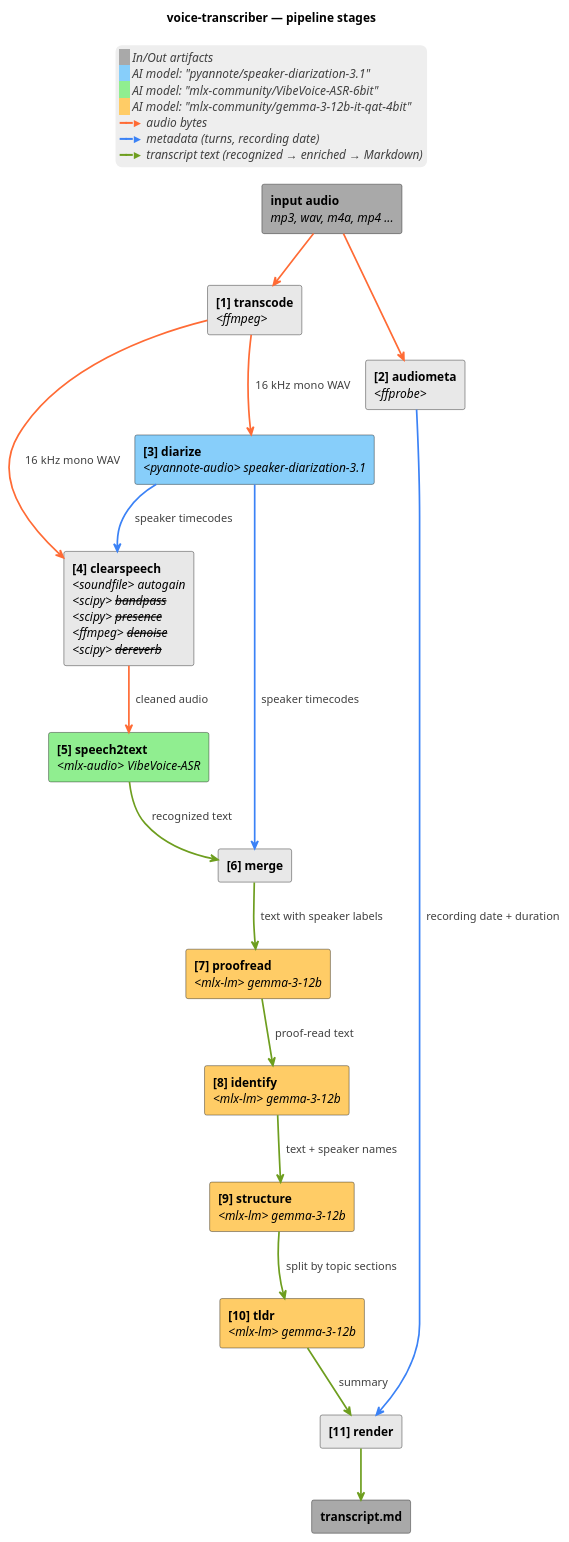
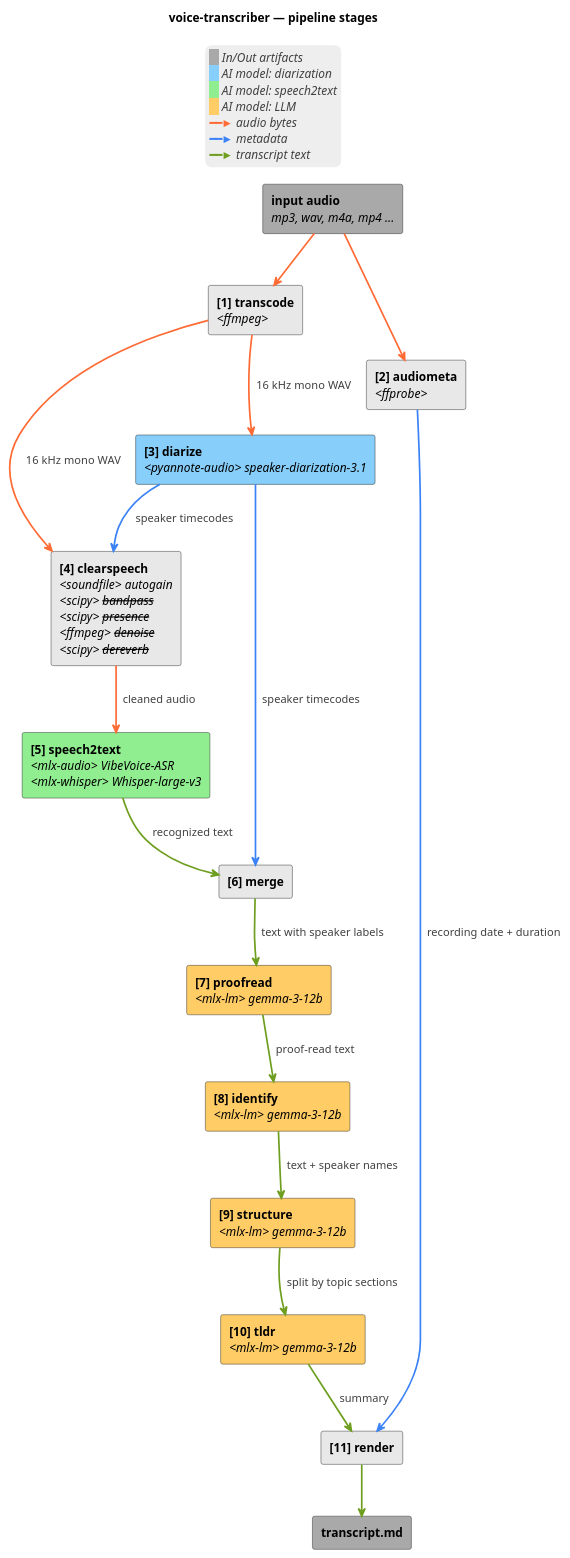
The diagram in docs/architecture.md (artem-from-ua/voice-transcriber), drawn with PlantUML before and after one commit. The commit also changed other lines of this file and 13 other files, not shown here.

First line of the commit message:
Add Whisper ASR backend, default to whisper (0.20.0) (#77)

````diff
--- a/docs/architecture.md
+++ b/docs/architecture.md
@@ -21,54 +21,54 @@
 ```plantuml
 @startuml
 title voice-transcriber — pipeline stages
 skinparam componentStyle rectangle
 skinparam ArrowThickness 2
 skinparam legendBorderColor transparent
 skinparam legendBackgroundColor #EEEEEE
 
 [<b>input audio</b>\n<i>mp3, wav, m4a, mp4 ...</i>] as Input #A9A9A9
 [<b>transcript.md</b>] as Output #A9A9A9
 
 component "<b>[1] transcode</b>\n<i><ffmpeg></i>" as WAV #E8E8E8
 component "<b>[2] audiometa</b>\n<i><ffprobe></i>" as FF #E8E8E8
 component "<b>[3] diarize</b>\n<i><pyannote-audio> speaker-diarization-3.1</i>" as Diar #87CEFA
 component "<b>[4] clearspeech</b>\n<i><soundfile> autogain</i>\n<i><scipy> <s>bandpass</s></i>\n<i><scipy> <s>presence</s></i>\n<i><ffmpeg> <s>denoise</s></i>\n<i><scipy> <s>dereverb</s></i>" as CS #E8E8E8
-component "<b>[5] speech2text</b>\n<i><mlx-audio> VibeVoice-ASR</i>" as ASR #90EE90
+component "<b>[5] speech2text</b>\n<i><mlx-audio> VibeVoice-ASR</i>\n<i><mlx-whisper> Whisper-large-v3</i>" as ASR #90EE90
 component "<b>[6] merge</b>" as Merge #E8E8E8
 component "<b>[7] proofread</b>\n<i><mlx-lm> gemma-3-12b</i>" as Post #FFCC66
 component "<b>[8] identify</b>\n<i><mlx-lm> gemma-3-12b</i>" as Ident #FFCC66
 component "<b>[9] structure</b>\n<i><mlx-lm> gemma-3-12b</i>" as Struct #FFCC66
 component "<b>[10] tldr</b>\n<i><mlx-lm> gemma-3-12b</i>" as TLDR #FFCC66
 component "<b>[11] render</b>" as Render #E8E8E8
 
 Input -[#FF6B35]-> FF
 Input -[#FF6B35]-> WAV
 
 WAV -[#FF6B35]-> Diar : <color:#404040>  16 kHz mono WAV</color>
 WAV -[#FF6B35]-> CS : <color:#404040>  16 kHz mono WAV</color>
 Diar -[#3B82F6]-> CS : <color:#404040>  speaker timecodes</color>
 CS -[#FF6B35]-> ASR : <color:#404040>  cleaned audio</color>
 
 ASR -[#6E9E1F]-> Merge : <color:#404040>  recognized text</color>
 Diar -[#3B82F6]-> Merge : <color:#404040>  speaker timecodes</color>
 
 Merge -[#6E9E1F]-> Post : <color:#404040>  text with speaker labels</color>
 Post -[#6E9E1F]-> Ident : <color:#404040>  proof-read text</color>
 Ident -[#6E9E1F]-> Struct : <color:#404040>  text + speaker names</color>
 Struct -[#6E9E1F]-> TLDR : <color:#404040>  split by topic sections</color>
 
 FF -[#3B82F6]-> Render : <color:#404040>  recording date + duration</color>
 TLDR -[#6E9E1F]-> Render : <color:#404040>  summary</color>
 Render -[#6E9E1F]-> Output
 
 legend top center
   <back:#A9A9A9>   </back> <i><color:#404040>In/Out artifacts</color></i>
-  <back:#87CEFA>   </back> <i><color:#404040>AI model: "pyannote/speaker-diarization-3.1"</color></i>
-  <back:#90EE90>   </back> <i><color:#404040>AI model: "mlx-community/VibeVoice-ASR-6bit"</color></i>
-  <back:#FFCC66>   </back> <i><color:#404040>AI model: "mlx-community/gemma-3-12b-it-qat-4bit"</color></i>
+  <back:#87CEFA>   </back> <i><color:#404040>AI model: diarization</color></i>
+  <back:#90EE90>   </back> <i><color:#404040>AI model: speech2text</color></i>
+  <back:#FFCC66>   </back> <i><color:#404040>AI model: LLM</color></i>
   <color:#FF6B35>━━►</color> <i><color:#404040>audio bytes</color></i>
-  <color:#3B82F6>━━►</color> <i><color:#404040>metadata (turns, recording date)</color></i>
-  <color:#6E9E1F>━━►</color> <i><color:#404040>transcript text (recognized → enriched → Markdown)</color></i>
+  <color:#3B82F6>━━►</color> <i><color:#404040>metadata</color></i>
+  <color:#6E9E1F>━━►</color> <i><color:#404040>transcript text</color></i>
 end legend
 @enduml
 ```
````
